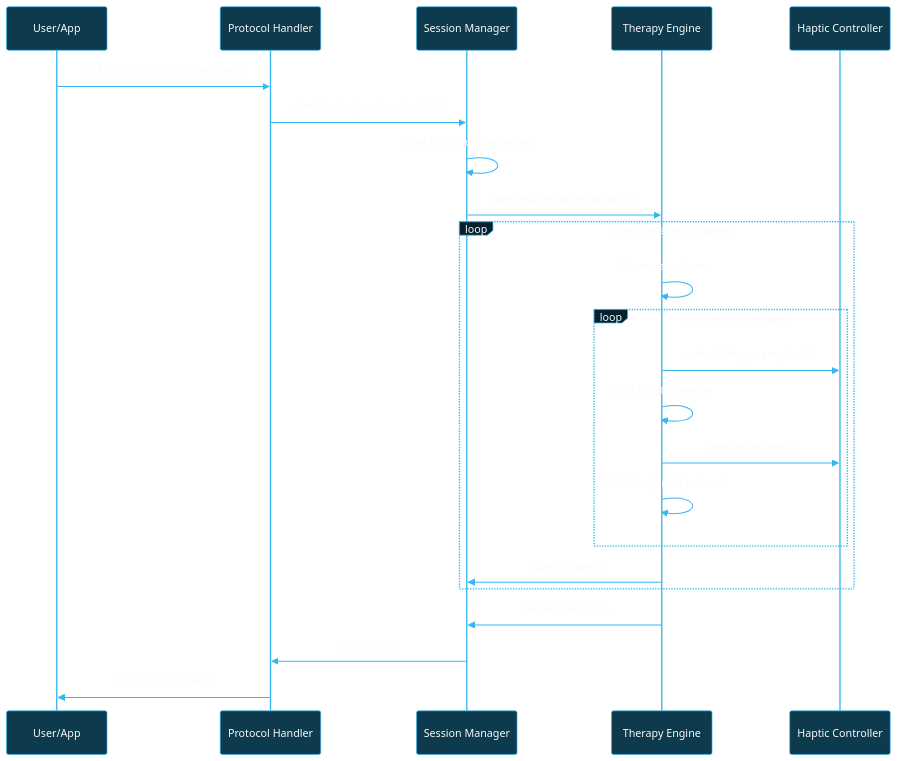
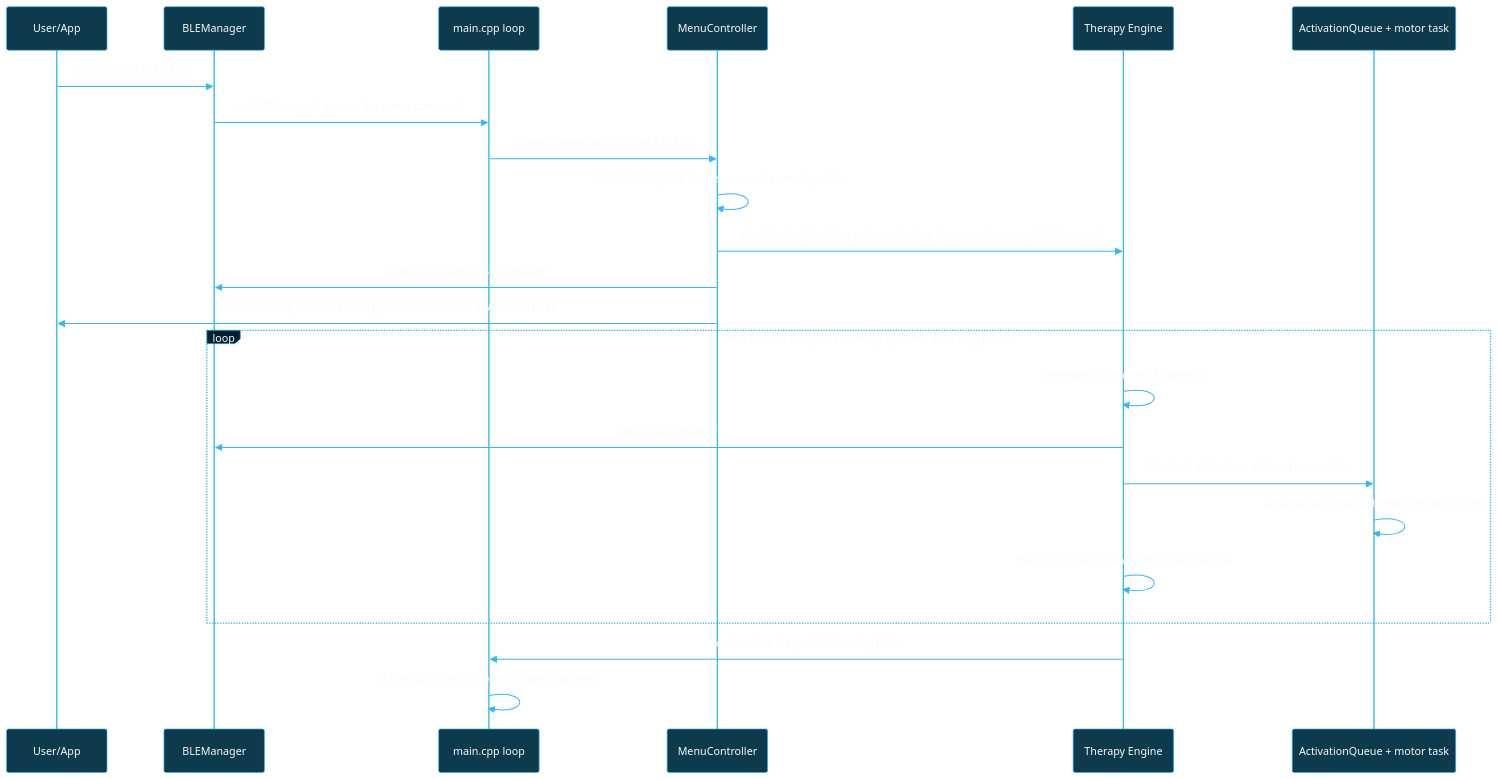
One commit to BlueBuzzah/BlueBuzzah-Firmware changed the fifth of 6 diagrams in docs/ARCHITECTURE.md. Above: the diagram before and after it, drawn with Mermaid. The commit also changed other lines of this file and 12 other files, not shown here.

````diff
--- a/docs/ARCHITECTURE.md
+++ b/docs/ARCHITECTURE.md
@@ -1472,53 +1446,53 @@
 ```mermaid
 %%{init: {'theme': 'base', 'themeVariables': {
   'primaryColor': '#0d3a4d',
   'primaryTextColor': '#fafafa',
   'primaryBorderColor': '#35B6F2',
   'lineColor': '#35B6F2',
   'secondaryColor': '#05212D',
   'tertiaryColor': '#0a0a0a',
   'background': '#0a0a0a',
   'actorBkg': '#0d3a4d',
   'actorBorder': '#35B6F2',
   'actorTextColor': '#fafafa',
   'actorLineColor': '#35B6F2',
   'signalColor': '#35B6F2',
   'signalTextColor': '#fafafa',
   'labelBoxBkgColor': '#05212D',
   'labelBoxBorderColor': '#35B6F2',
   'labelTextColor': '#fafafa',
   'loopTextColor': '#fafafa',
   'noteBkgColor': '#05212D',
   'noteBorderColor': '#35B6F2',
   'noteTextColor': '#fafafa',
   'activationBkgColor': '#0d3a4d',
   'activationBorderColor': '#35B6F2',
   'sequenceNumberColor': '#fafafa'
 }}}%%
 sequenceDiagram
     participant U as User/App
-    participant P as Protocol Handler
-    participant SM as Session Manager
+    participant B as BLEManager
+    participant L as main.cpp loop
+    participant M as MenuController
     participant TE as Therapy Engine
-    participant H as Haptic Controller
+    participant Q as ActivationQueue + motor task
 
-    U->>P: START_SESSION(profile, duration)
-    P->>SM: startSession(profile, duration)
-    SM->>SM: Load profile configuration
-    SM->>TE: startSession(config, duration)
+    U->>B: SESSION_START + EOT
+    B->>L: onBLEMessage() queues the menu command
+    L->>M: handleCommand("SESSION_START")
+    M->>M: Check battery and clock sync, read current profile
+    M->>TE: startSession(duration, pattern, timing, fingers, mirror, amplitude range)
+    M->>B: START_SESSION to SECONDARY
+    M->>U: CMD:SESSION_START, SESSION_STATUS:RUNNING, ELAPSED, TOTAL
 
-    loop Until Session Complete
-        TE->>TE: Generate pattern
-        loop For each finger pair
-            TE->>H: activate(finger, amplitude)
-            TE->>TE: Wait burst_duration
-            TE->>H: deactivate(finger)
-            TE->>TE: Wait inter_burst_interval
-        end
-        TE->>SM: Cycle complete
+    loop Until Session Complete (therapy.update() each loop pass)
+        TE->>TE: Generate macrocycle (3 patterns)
+        TE->>B: MC to SECONDARY
+        TE->>Q: Schedule activations at baseTime + delta
+        Q->>Q: Activate and deactivate each motor on time
+        TE->>TE: Wait for queue to drain, then relax interval
     end
 
-    TE->>SM: Session complete
-    SM->>P: SessionInfo
-    P->>U: SUCCESS response
+    TE->>L: Session time elapsed, isRunning() false
+    L->>L: STOP_SESSION + STOPPED (state machine)
 ```
````
